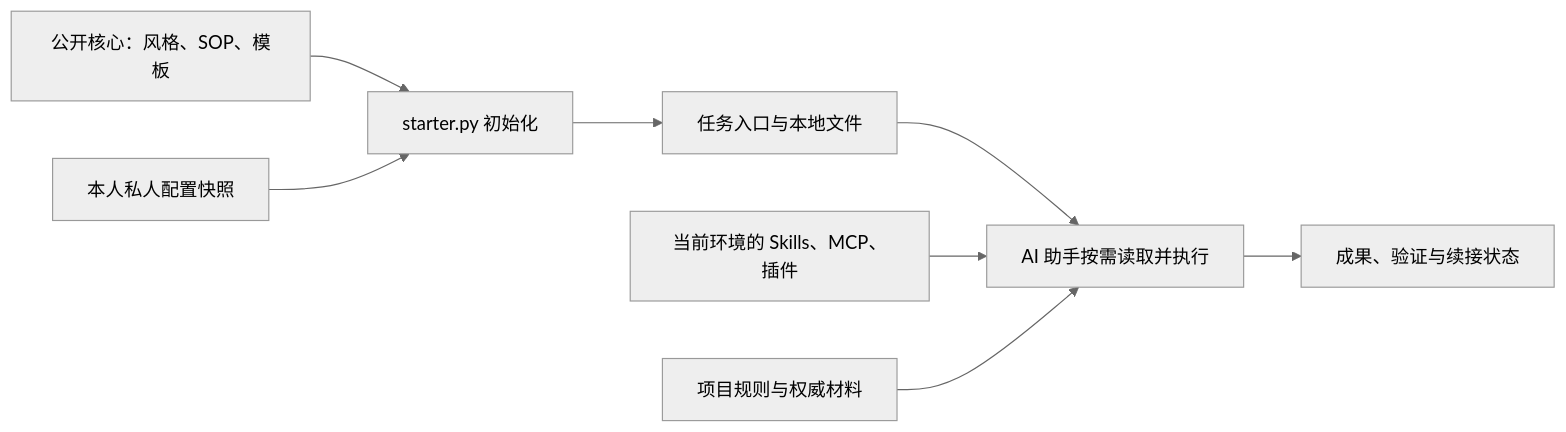
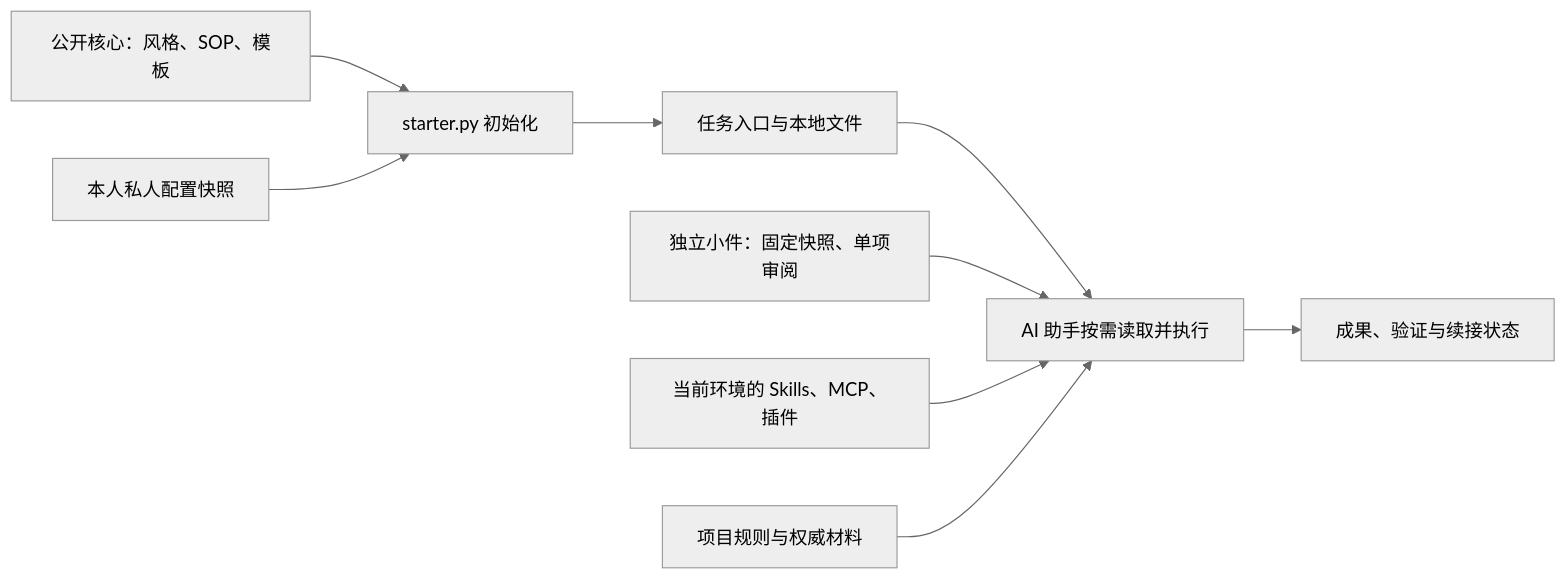
One commit to MarkTian-Long/harness-starter changed the diagram in README.md. Above: the diagram before and after it, drawn with Mermaid (neutral theme). The commit also changed other lines of this file and 11 other files, not shown here.

````diff
--- a/README.md
+++ b/README.md
@@ -70,10 +83,11 @@
 ```mermaid
 flowchart LR
     Core[公开核心：风格、SOP、模板] --> Init[starter.py 初始化]
     Private[本人私人配置快照] --> Init
     Init --> Entry[任务入口与本地文件]
     Entry --> Assistant[AI 助手按需读取并执行]
+    Kit[独立小件：固定快照、单项审阅] --> Assistant
     Tools[当前环境的 Skills、MCP、插件] --> Assistant
     Project[项目规则与权威材料] --> Assistant
     Assistant --> Output[成果、验证与续接状态]
 ```
````
